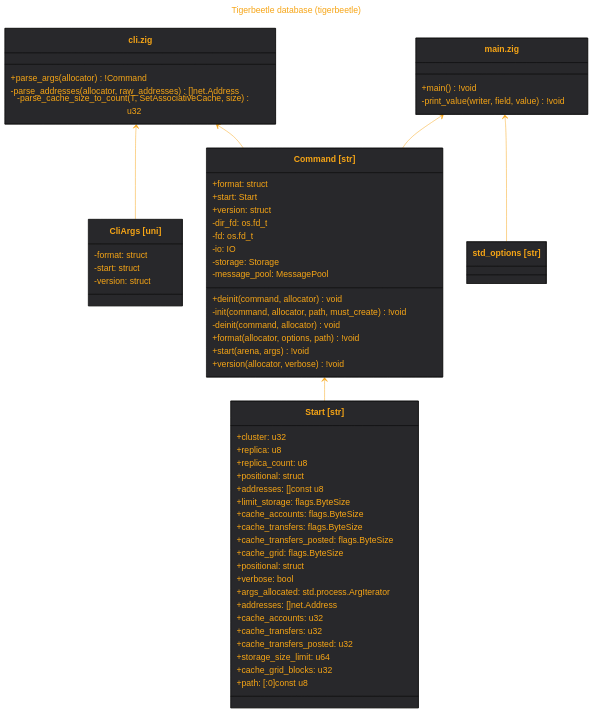
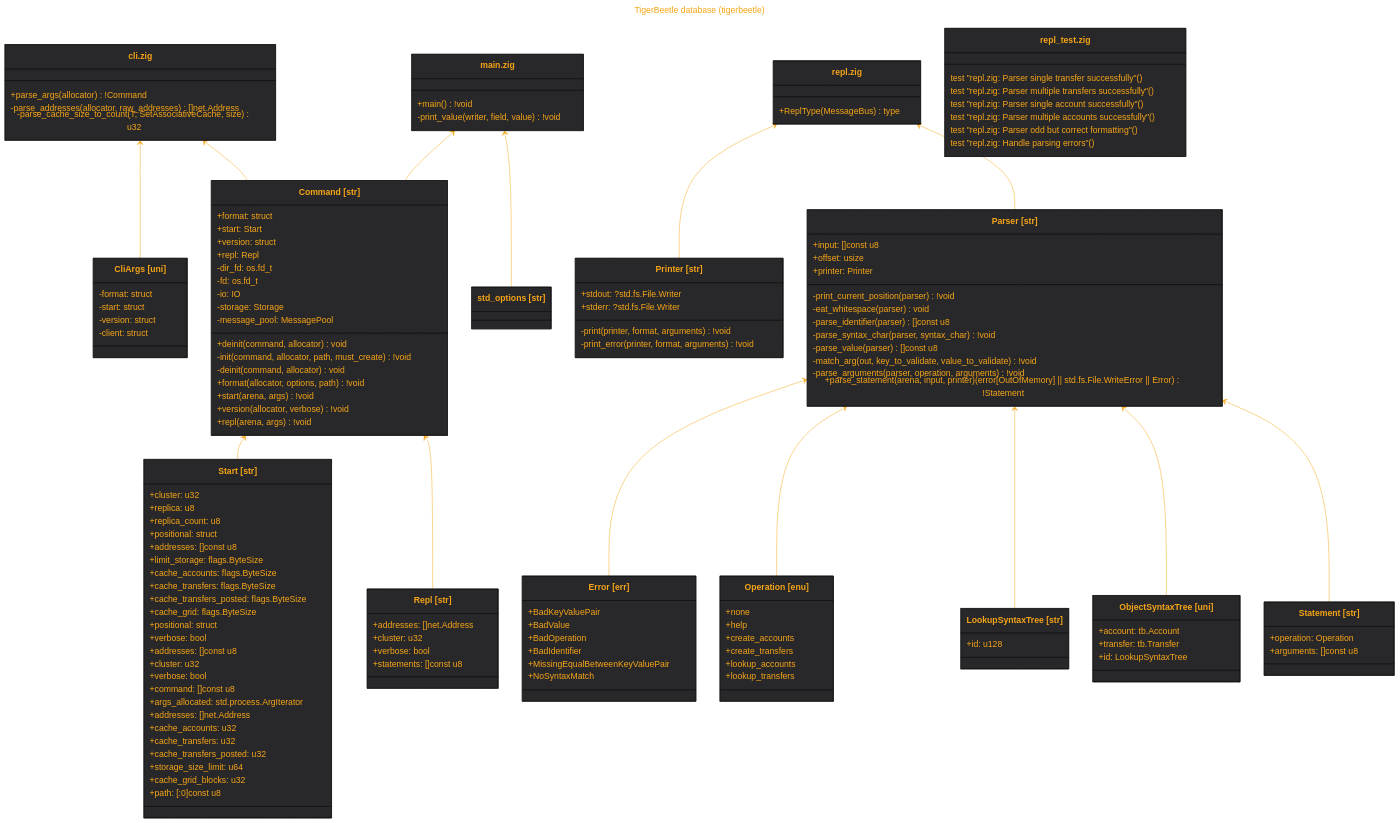
The diagram in out/src.tigerbeetle.md (tensorush/meduza), drawn with Mermaid before and after one commit. The commit also changed 19 other files, not shown here.

````diff
--- a/out/src.tigerbeetle.md
+++ b/out/src.tigerbeetle.md
@@ -1,6 +1,6 @@
 ```mermaid
 ---
-title: Tigerbeetle database (tigerbeetle)
+title: TigerBeetle database (tigerbeetle)
 ---
 %%{
     init: {
@@ -19,6 +19,7 @@
     -format: struct
     -start: struct
     -version: struct
+    -client: struct
 }
 link CliArgs "https://github.com/tigerbeetle/tigerbeetle/blob/main/src/tigerbeetle/cli.zig#L17"
 class Start["Start [str]"] {
@@ -34,6 +35,10 @@
     +cache_grid: flags.ByteSize
     +positional: struct
     +verbose: bool
+    +addresses: []const u8
+    +cluster: u32
+    +verbose: bool
+    +command: []const u8
     +args_allocated: std.process.ArgIterator
     +addresses: []net.Address
     +cache_accounts: u32
@@ -43,15 +48,24 @@
     +cache_grid_blocks: u32
     +path: [:0]const u8
 }
-link Start "https://github.com/tigerbeetle/tigerbeetle/blob/main/src/tigerbeetle/cli.zig#L123"
+link Start "https://github.com/tigerbeetle/tigerbeetle/blob/main/src/tigerbeetle/cli.zig#L136"
+class Repl["Repl [str]"] {
+    +addresses: []net.Address
+    +cluster: u32
+    +verbose: bool
+    +statements: []const u8
+}
+link Repl "https://github.com/tigerbeetle/tigerbeetle/blob/main/src/tigerbeetle/cli.zig#L147"
 class Command["Command [uni]"] {
     +format: struct
     +start: Start
     +version: struct
+    +repl: Repl
     +deinit(command, allocator) void
 }
 Command <-- Start
-link Command "https://github.com/tigerbeetle/tigerbeetle/blob/main/src/tigerbeetle/cli.zig#L122"
+Command <-- Repl
+link Command "https://github.com/tigerbeetle/tigerbeetle/blob/main/src/tigerbeetle/cli.zig#L135"
 class `cli.zig` {
     +parse_args(allocator) !Command
     -parse_addresses(allocator, raw_addresses) []net.Address
@@ -61,7 +75,7 @@
 `cli.zig` <-- Command
 link `cli.zig` "https://github.com/tigerbeetle/tigerbeetle/blob/main/src/tigerbeetle/cli.zig"
 class std_options["std_options [str]"]
-link std_options "https://github.com/tigerbeetle/tigerbeetle/blob/main/src/tigerbeetle/main.zig#L34"
+link std_options "https://github.com/tigerbeetle/tigerbeetle/blob/main/src/tigerbeetle/main.zig#L36"
 class Command["Command [str]"] {
     -dir_fd: os.fd_t
     -fd: os.fd_t
@@ -73,8 +87,9 @@
     +format(allocator, options, path) !void
     +start(arena, args) !void
     +version(allocator, verbose) !void
+    +repl(arena, args) !void
 }
-link Command "https://github.com/tigerbeetle/tigerbeetle/blob/main/src/tigerbeetle/main.zig#L66"
+link Command "https://github.com/tigerbeetle/tigerbeetle/blob/main/src/tigerbeetle/main.zig#L69"
 class `main.zig` {
     +main() !void
     -print_value(writer, field, value) !void
@@ -82,4 +97,78 @@
 `main.zig` <-- std_options
 `main.zig` <-- Command
 link `main.zig` "https://github.com/tigerbeetle/tigerbeetle/blob/main/src/tigerbeetle/main.zig"
+class Printer["Printer [str]"] {
+    +stdout: ?std.fs.File.Writer
+    +stderr: ?std.fs.File.Writer
+    -print(printer, format, arguments) !void
+    -print_error(printer, format, arguments) !void
+}
+link Printer "https://github.com/tigerbeetle/tigerbeetle/blob/main/src/tigerbeetle/repl.zig#L24"
+class Error["Error [err]"] {
+    +BadKeyValuePair
+    +BadValue
+    +BadOperation
+    +BadIdentifier
+    +MissingEqualBetweenKeyValuePair
+    +NoSyntaxMatch
+}
+link Error "https://github.com/tigerbeetle/tigerbeetle/blob/main/src/tigerbeetle/repl.zig#L46"
+class Operation["Operation [enu]"] {
+    +none
+    +help
+    +create_accounts
+    +create_transfers
+    +lookup_accounts
+    +lookup_transfers
+}
+link Operation "https://github.com/tigerbeetle/tigerbeetle/blob/main/src/tigerbeetle/repl.zig#L55"
+class LookupSyntaxTree["LookupSyntaxTree [str]"] {
+    +id: u128
+}
+link LookupSyntaxTree "https://github.com/tigerbeetle/tigerbeetle/blob/main/src/tigerbeetle/repl.zig#L64"
+class ObjectSyntaxTree["ObjectSyntaxTree [uni]"] {
+    +account: tb.Account
+    +transfer: tb.Transfer
+    +id: LookupSyntaxTree
+}
+link ObjectSyntaxTree "https://github.com/tigerbeetle/tigerbeetle/blob/main/src/tigerbeetle/repl.zig#L68"
+class Statement["Statement [str]"] {
+    +operation: Operation
+    +arguments: []const u8
+}
+link Statement "https://github.com/tigerbeetle/tigerbeetle/blob/main/src/tigerbeetle/repl.zig#L74"
+class Parser["Parser [str]"] {
+    +input: []const u8
+    +offset: usize
+    +printer: Printer
+    -print_current_position(parser) !void
+    -eat_whitespace(parser) void
+    -parse_identifier(parser) []const u8
+    -parse_syntax_char(parser, syntax_char) !void
+    -parse_value(parser) []const u8
+    -match_arg(out, key_to_validate, value_to_validate) !void
+    -parse_arguments(parser, operation, arguments) !void
+    +parse_statement(arena, input, printer) (error[OutOfMemory] || std.fs.File.WriteError || Error)!Statement
+}
+Parser <-- Error
+Parser <-- Operation
+Parser <-- LookupSyntaxTree
+Parser <-- ObjectSyntaxTree
+Parser <-- Statement
+link Parser "https://github.com/tigerbeetle/tigerbeetle/blob/main/src/tigerbeetle/repl.zig#L41"
+class `repl.zig` {
+    +ReplType(MessageBus) type
+}
+`repl.zig` <-- Printer
+`repl.zig` <-- Parser
+link `repl.zig` "https://github.com/tigerbeetle/tigerbeetle/blob/main/src/tigerbeetle/repl.zig"
+class `repl_test.zig` {
+    test "repl.zig: Parser single transfer successfully"()
+    test "repl.zig: Parser multiple transfers successfully"()
+    test "repl.zig: Parser single account successfully"()
+    test "repl.zig: Parser multiple accounts successfully"()
+    test "repl.zig: Parser odd but correct formatting"()
+    test "repl.zig: Handle parsing errors"()
+}
+link `repl_test.zig` "https://github.com/tigerbeetle/tigerbeetle/blob/main/src/tigerbeetle/repl_test.zig"
 ```
````
